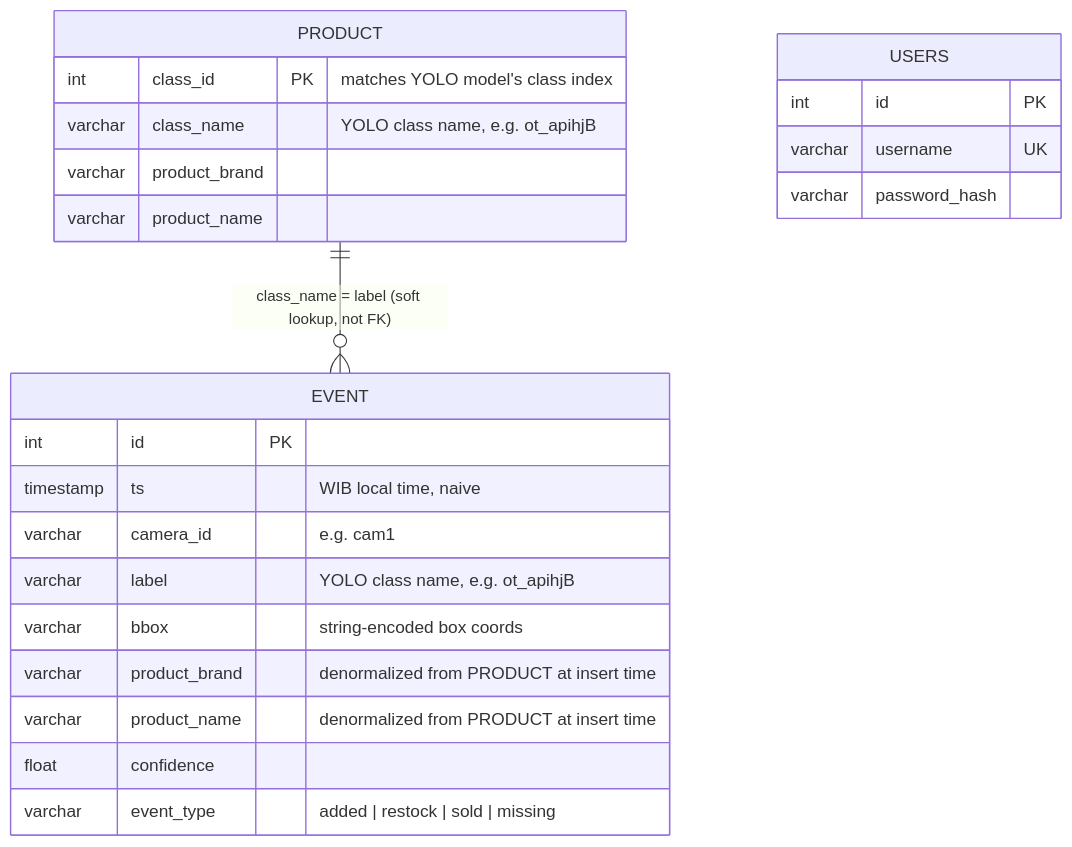
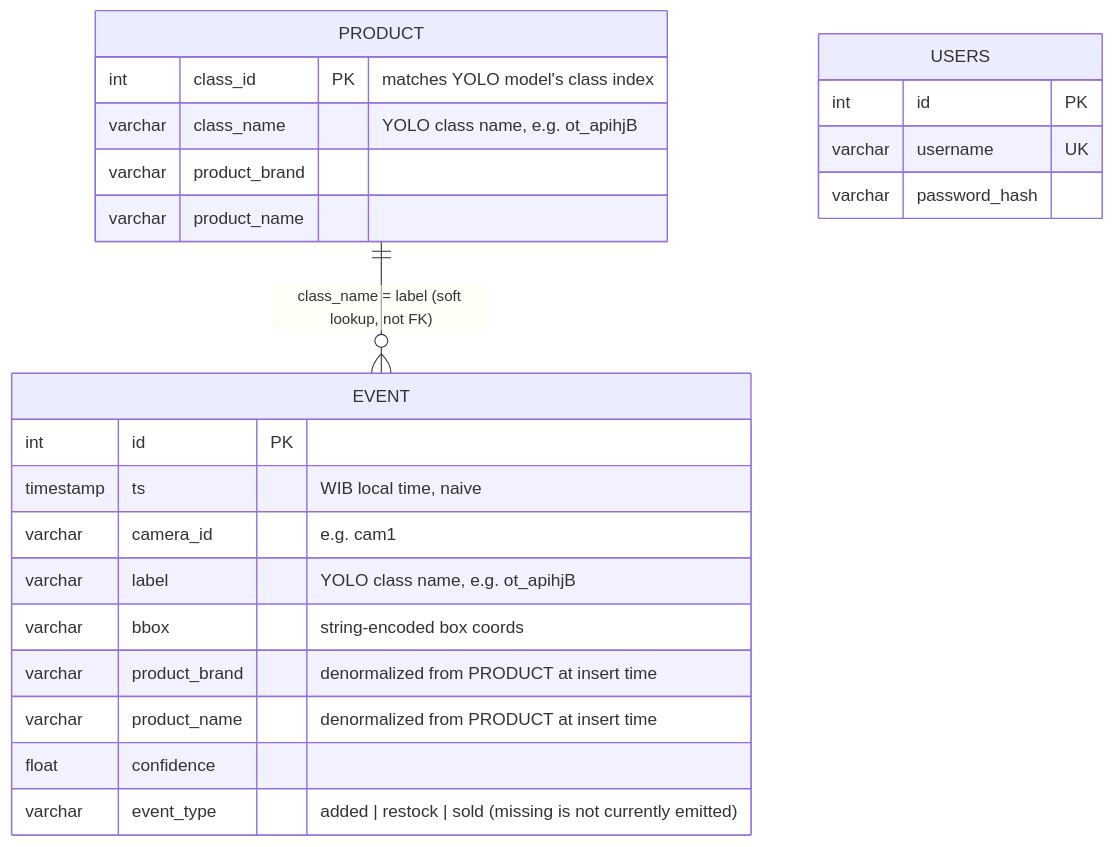
One commit to birmascctv/birmas changed the fifth of 7 diagrams in docs/COMPLETE-REFERENCE.md. Above: the diagram before and after it, drawn with Mermaid. The commit also changed other lines of this file and 5 other files, not shown here.

````diff
--- a/docs/COMPLETE-REFERENCE.md
+++ b/docs/COMPLETE-REFERENCE.md
@@ -436,26 +464,26 @@
 ```mermaid
 erDiagram
     PRODUCT ||--o{ EVENT : "class_name = label (soft lookup, not FK)"
     USERS {
         int id PK
         varchar username UK
         varchar password_hash
     }
     EVENT {
         int id PK
         timestamp ts "WIB local time, naive"
         varchar camera_id "e.g. cam1"
         varchar label "YOLO class name, e.g. ot_apihjB"
         varchar bbox "string-encoded box coords"
         varchar product_brand "denormalized from PRODUCT at insert time"
         varchar product_name "denormalized from PRODUCT at insert time"
         float confidence
-        varchar event_type "added | restock | sold | missing"
+        varchar event_type "added | restock | sold  (missing is not currently emitted)"
     }
     PRODUCT {
         int class_id PK "matches YOLO model's class index"
         varchar class_name "YOLO class name, e.g. ot_apihjB"
         varchar product_brand
         varchar product_name
     }
 ```
````
